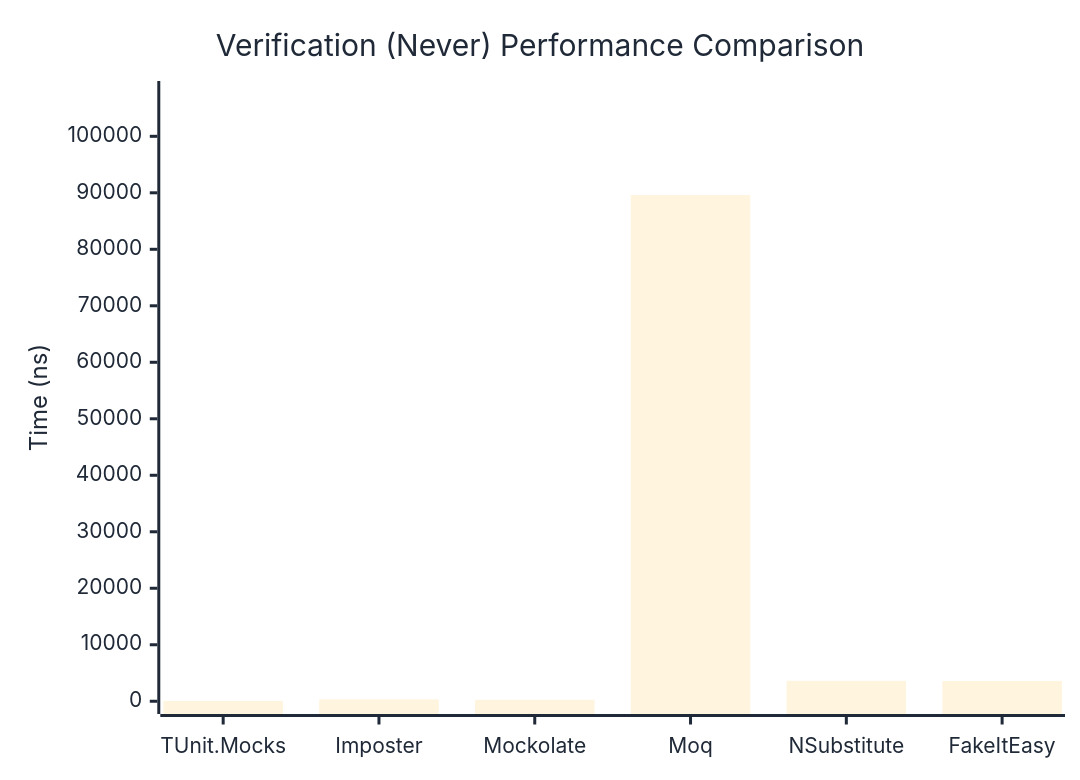
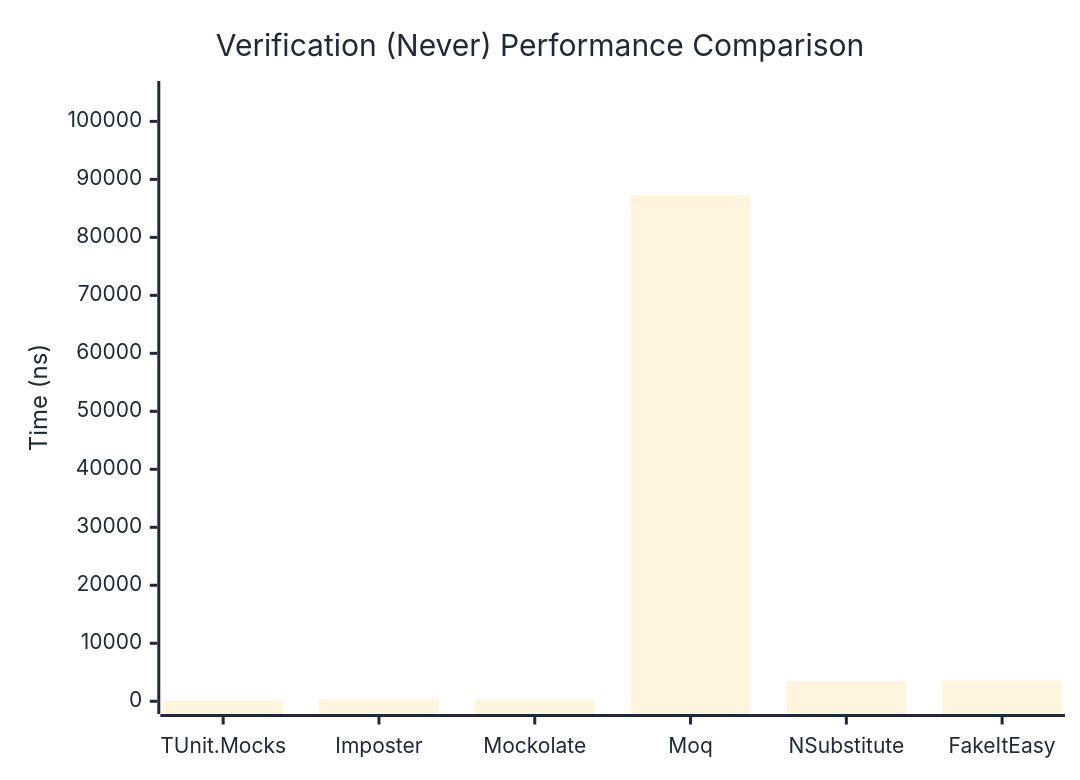
The second of 3 diagrams in docs/docs/benchmarks/mocks/Verification.md (thomhurst/TUnit), drawn with Mermaid before and after one commit. The commit also changed other lines of this file and 14 other files, not shown here.

````diff
--- a/docs/docs/benchmarks/mocks/Verification.md
+++ b/docs/docs/benchmarks/mocks/Verification.md
@@ -69,27 +69,27 @@
 ```mermaid
 %%{init: {
   'theme':'base',
   'themeVariables': {
     'primaryColor': '#2563eb',
     'primaryTextColor': '#1f2937',
     'primaryBorderColor': '#1e40af',
     'lineColor': '#6b7280',
     'secondaryColor': '#7c3aed',
     'tertiaryColor': '#dc2626',
     'background': '#ffffff',
     'pie1': '#2563eb',
     'pie2': '#7c3aed',
     'pie3': '#dc2626',
     'pie4': '#f59e0b',
     'pie5': '#10b981',
     'pie6': '#06b6d4',
     'pie7': '#ec4899',
     'pie8': '#6366f1'
   }
 }}%%
 xychart-beta
   title "Verification (Never) Performance Comparison"
   x-axis ["TUnit.Mocks", "Imposter", "Mockolate", "Moq", "NSubstitute", "FakeItEasy"]
-  y-axis "Time (ns)" 0 --> 107533
-  bar [48.95, 333.7, 255.13, 89610.75, 3618.16, 3589.47]
+  y-axis "Time (ns)" 0 --> 104765
+  bar [46.25, 303.43, 225.65, 87303.66, 3504.29, 3573.1]
 ```
````
